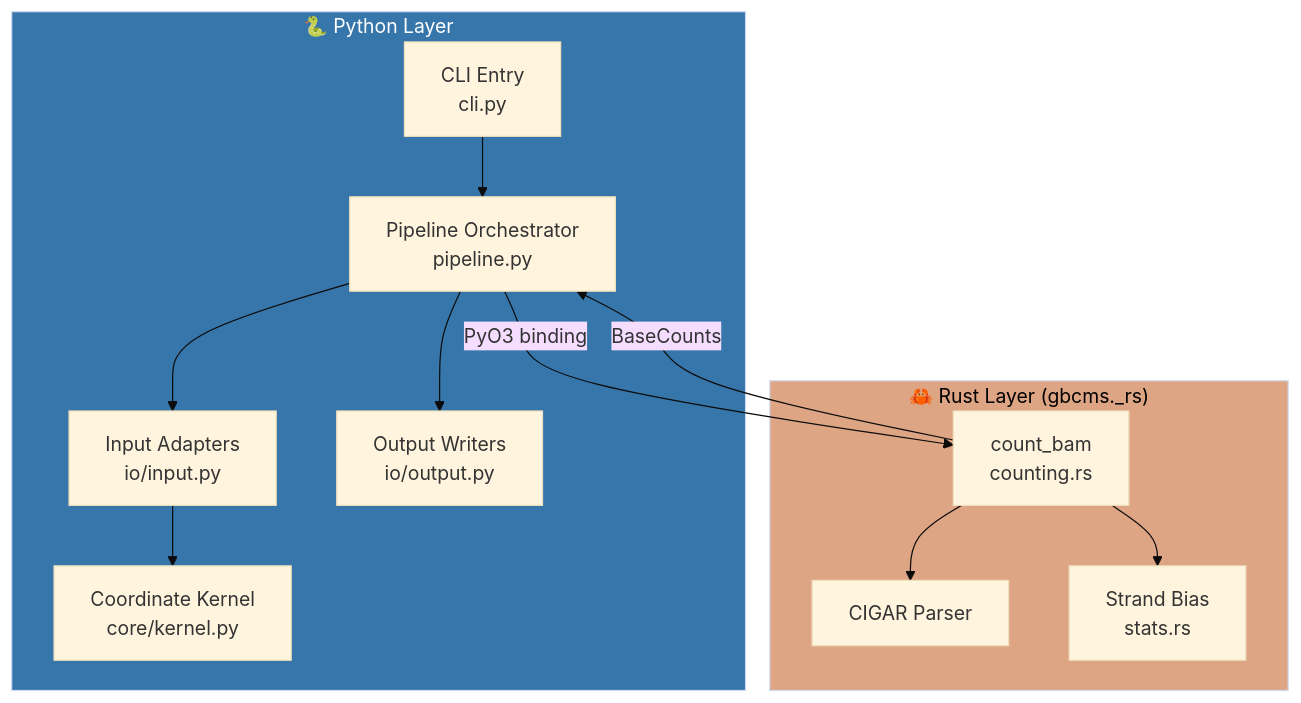
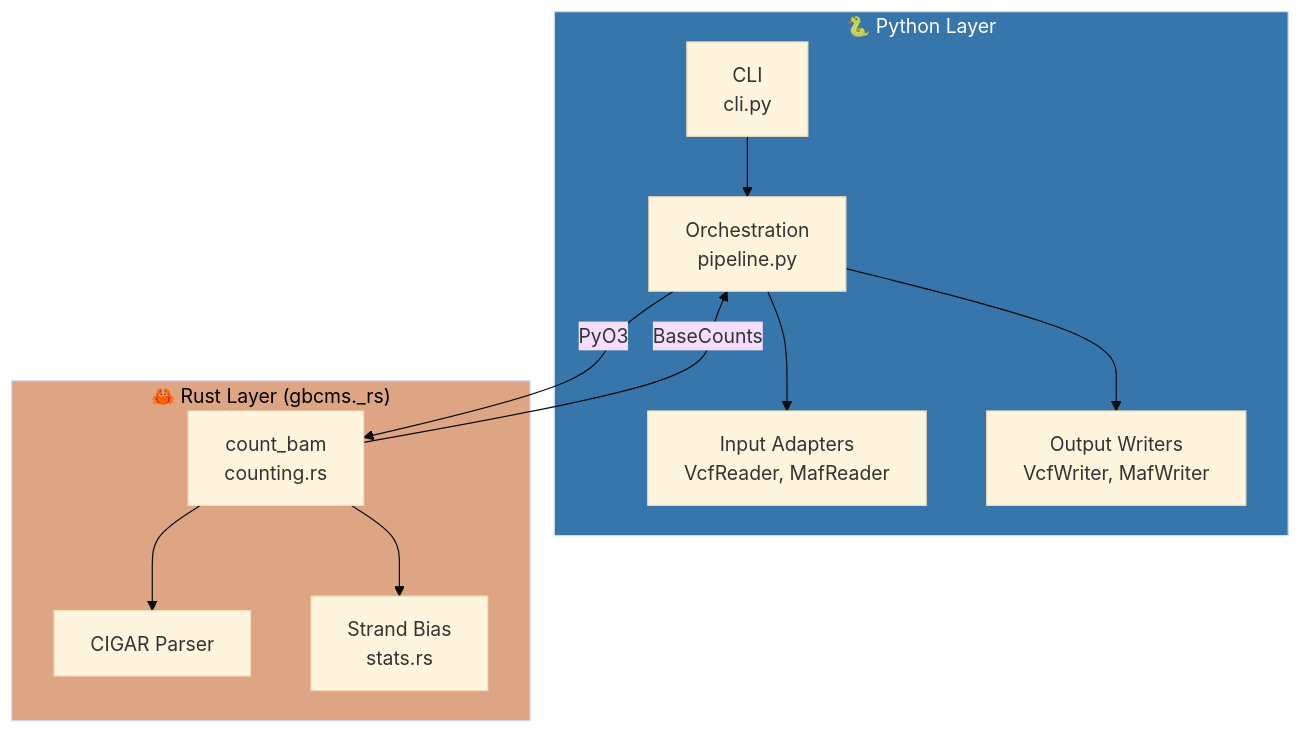
One commit to msk-access/py-gbcms changed the first of 4 diagrams in docs/ARCHITECTURE.md. Above: the diagram before and after it, drawn with Mermaid (base theme). The commit also changed other lines of this file and 7 other files, not shown here.

````diff
--- a/docs/ARCHITECTURE.md
+++ b/docs/ARCHITECTURE.md
@@ -9,20 +7,19 @@
 ```mermaid
 flowchart TB
     subgraph Python["🐍 Python Layer"]
-        CLI[CLI Entry<br>cli.py] --> Pipeline[Pipeline Orchestrator<br>pipeline.py]
-        Pipeline --> Reader[Input Adapters<br>io/input.py]
-        Pipeline --> Writer[Output Writers<br>io/output.py]
-        Reader --> Kernel[Coordinate Kernel<br>core/kernel.py]
+        CLI[CLI<br/>cli.py] --> Pipeline[Orchestration<br/>pipeline.py]
+        Pipeline --> Reader[Input Adapters<br/>VcfReader, MafReader]
+        Pipeline --> Writer[Output Writers<br/>VcfWriter, MafWriter]
     end
     
     subgraph Rust["🦀 Rust Layer (gbcms._rs)"]
-        Counter[count_bam<br>counting.rs] --> CIGAR[CIGAR Parser]
-        Counter --> Stats[Strand Bias<br>stats.rs]
+        Counter[count_bam<br/>counting.rs] --> CIGAR[CIGAR Parser]
+        Counter --> Stats[Strand Bias<br/>stats.rs]
     end
     
-    Pipeline -->|"PyO3 binding"| Counter
+    Pipeline -->|"PyO3"| Counter
     Counter -->|"BaseCounts"| Pipeline
     
     style Python fill:#3776ab,color:#fff
     style Rust fill:#dea584,color:#000
 ```
````
